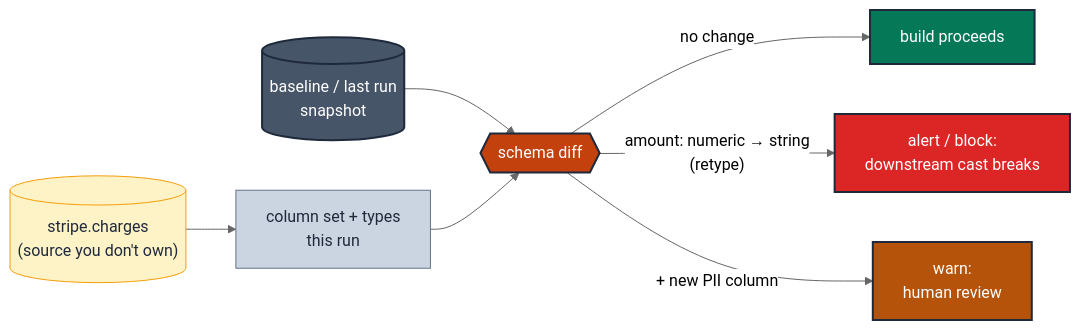
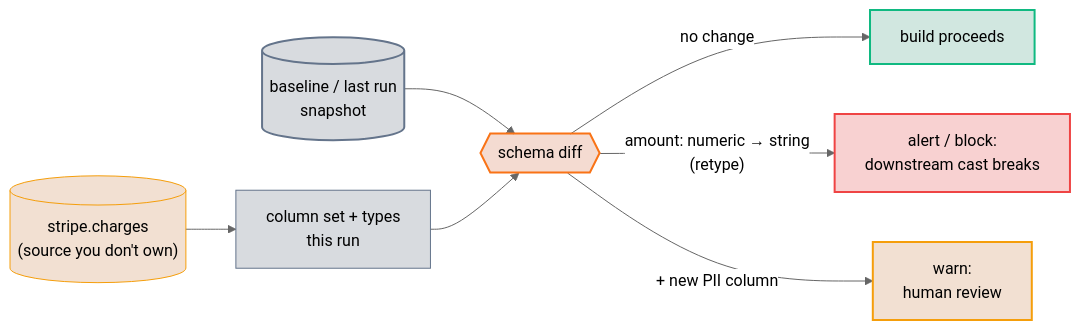
One commit to neozenith/dbt-gcp-jaffleshop changed the diagram in docs/guides/testing_taxonomy/model/MD-08-schema-changes.md. Above: the diagram before and after it, drawn with Mermaid (neutral theme). The commit also changed 36 other files, not shown here.

First line of the commit message:
docs(taxonomy): rework guide entry-point + WCAG-AAA dual-theme mermaid palette (#19)

````diff
--- a/docs/guides/testing_taxonomy/model/MD-08-schema-changes.md
+++ b/docs/guides/testing_taxonomy/model/MD-08-schema-changes.md
@@ -76,18 +76,18 @@
 ```mermaid
 flowchart LR
     src[("stripe.charges<br/>(source you don't own)")]:::source --> snap["column set + types<br/>this run"]:::modelSecondary
     base[("baseline / last run<br/>snapshot")]:::modelPrimary --> diff{{"schema diff"}}:::gate
     snap --> diff
 
     diff -- "no change" --> ok["build proceeds"]:::ok
     diff -- "amount: numeric → string<br/>(retype)" --> fail["alert / block:<br/>downstream cast breaks"]:::fail
     diff -- "+ new PII column" --> warn["warn:<br/>human review"]:::warn
 
-    classDef source         fill:#fef3c7,stroke:#f59e0b,color:#1e293b,stroke-width:1px
-    classDef modelPrimary   fill:#475569,stroke:#1e293b,color:#fff,stroke-width:2px
-    classDef modelSecondary fill:#cbd5e1,stroke:#64748b,color:#1e293b,stroke-width:1px
-    classDef gate           fill:#c2410c,stroke:#1e293b,color:#fff,stroke-width:2px
-    classDef ok             fill:#047857,stroke:#1e293b,color:#fff,stroke-width:2px
-    classDef fail           fill:#dc2626,stroke:#1e293b,color:#fff,stroke-width:2px
-    classDef warn           fill:#b45309,stroke:#1e293b,color:#fff,stroke-width:2px
+    classDef source fill:#b453092e,stroke:#f59e0b,stroke-width:1px
+    classDef modelPrimary fill:#47556936,stroke:#64748b,stroke-width:2px
+    classDef modelSecondary fill:#47556936,stroke:#64748b,stroke-width:1px
+    classDef gate fill:#c2410c30,stroke:#f97316,stroke-width:2px
+    classDef ok fill:#0478572e,stroke:#10b981,stroke-width:2px
+    classDef fail fill:#dc262636,stroke:#ef4444,stroke-width:2px
+    classDef warn fill:#b453092e,stroke:#f59e0b,stroke-width:2px
 ```
````
